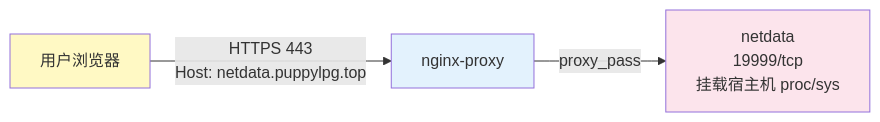
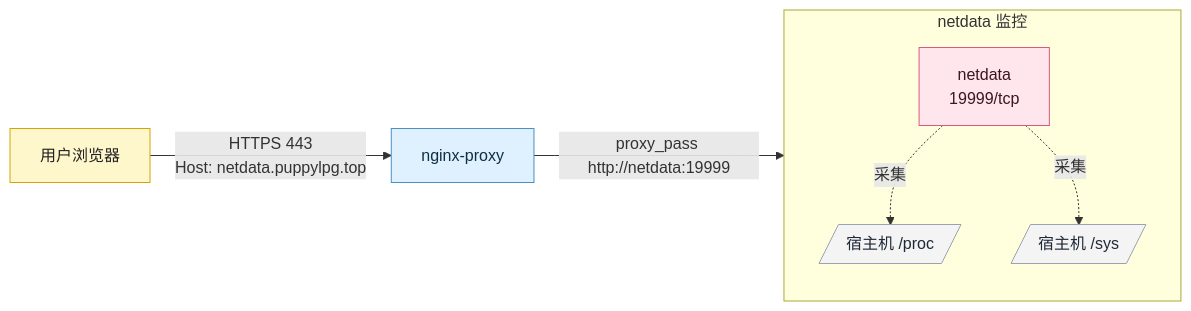
The seventh of 10 diagrams in _ai/2026-06-08-vps-docker-panorama-v2ray-v4-to-v5-upgrade.md (puppylpg/puppylpg.github.io), drawn with Mermaid before and after one commit. The commit also changed other lines of this file, not shown here.

Commit message:
docs: optimize Mermaid diagrams for VPS Docker overview

````diff
--- a/_ai/2026-06-08-vps-docker-panorama-v2ray-v4-to-v5-upgrade.md
+++ b/_ai/2026-06-08-vps-docker-panorama-v2ray-v4-to-v5-upgrade.md
@@ -125,9 +220,26 @@
 ```mermaid
 flowchart LR
-    A[用户浏览器] -->|HTTPS 443<br/>Host: netdata.puppylpg.top| B[nginx-proxy]
-    B -->|proxy_pass| C[netdata<br/>19999/tcp<br/>挂载宿主机 proc/sys]
+    browser[用户浏览器]
+    proxy[nginx-proxy]
 
-    style A fill:#fff9c4
-    style B fill:#e3f2fd
-    style C fill:#fce4ec
+    subgraph monitor[netdata 监控]
+        direction TB
+        netdata[netdata<br/>19999/tcp]
+        proc[/宿主机 /proc/]
+        sys[/宿主机 /sys/]
+        netdata -. 采集 .-> proc
+        netdata -. 采集 .-> sys
+    end
+
+    browser -->|HTTPS 443<br/>Host: netdata.puppylpg.top| proxy
+    proxy -->|proxy_pass http://netdata:19999| netdata
+
+    classDef user fill:#fff7cc,stroke:#d6a500,color:#222;
+    classDef gateway fill:#dff1ff,stroke:#4a90c2,color:#0f2f44;
+    classDef app fill:#ffe5ec,stroke:#d85a7f,color:#3b1723;
+    classDef host fill:#f4f4f5,stroke:#9ca3af,color:#1f2937;
+    class browser user;
+    class proxy gateway;
+    class netdata app;
+    class proc,sys host;
 ```
````
